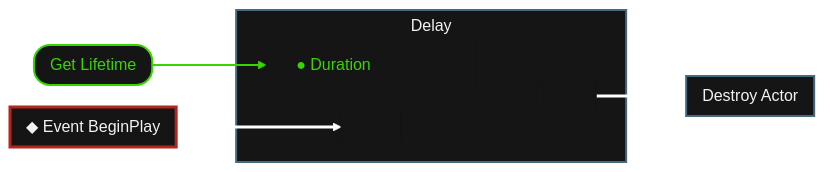
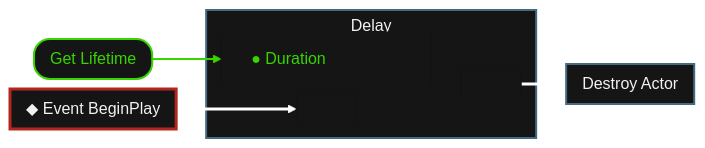
The diagram in Doc/commits/20261115_084649/graph/transient/Game/App/Weapons/BP_HitBox_Base.mmd (RicoP/Unreal-Class2026), drawn with Mermaid before and after one commit. The commit also changed 15 other files, not shown here.

First line of the commit message:
Re-render the diagrams of steps 9 and 10

```diff
--- a/Doc/commits/20261115_084649/graph/transient/Game/App/Weapons/BP_HitBox_Base.mmd
+++ b/Doc/commits/20261115_084649/graph/transient/Game/App/Weapons/BP_HitBox_Base.mmd
@@ -1,50 +1,50 @@
 ---
 config:
   look: classic
   themeCSS: "g.node *, g.cluster * { filter: none !important; }"
   flowchart:
     curve: monotoneX
-    nodeSpacing: 20
-    rankSpacing: 60
+    nodeSpacing: 8
+    rankSpacing: 30
     subGraphTitleMargin:
       top: 4
       bottom: 4
 ---
 flowchart LR
 
     subgraph N_EventGraph_K2Node_Event_0["◆ Event BeginPlay"]
     end
     subgraph N_EventGraph_K2Node_VariableGet_0["Get Lifetime"]
     end
     subgraph N_EventGraph_K2Node_CallFunction_0["Delay"]
         N_EventGraph_K2Node_CallFunction_0_anchor_in[" "]
         N_EventGraph_K2Node_CallFunction_0_anchor_out[" "]
         N_EventGraph_K2Node_CallFunction_0_Duration["<span style='display:inline-block;min-width:150px;text-align:left'>● Duration</span>"]
     end
     subgraph N_EventGraph_K2Node_CallFunction_1["Destroy Actor"]
     end
 
     %% Wires
     N_EventGraph_K2Node_Event_0 ==> N_EventGraph_K2Node_CallFunction_0_anchor_in
     N_EventGraph_K2Node_VariableGet_0 --> N_EventGraph_K2Node_CallFunction_0_Duration
     N_EventGraph_K2Node_CallFunction_0_anchor_out ==> N_EventGraph_K2Node_CallFunction_1
 
     %% Keep inputs left of outputs inside each node
     N_EventGraph_K2Node_CallFunction_0_Duration ~~~ N_EventGraph_K2Node_CallFunction_0_anchor_out
     N_EventGraph_K2Node_CallFunction_0_anchor_in ~~~ N_EventGraph_K2Node_CallFunction_0_anchor_out
 
     %% Nodes
     style N_EventGraph_K2Node_Event_0 fill:#151515,stroke:#b3261e,stroke-width:3px,color:#f2f2f2
     style N_EventGraph_K2Node_VariableGet_0 fill:#151515,stroke:#38d500,stroke-width:2px,color:#38d500,rx:16px,ry:16px
     style N_EventGraph_K2Node_CallFunction_0 fill:#151515,stroke:#456980,stroke-width:2px,color:#f2f2f2
     style N_EventGraph_K2Node_CallFunction_1 fill:#151515,stroke:#456980,stroke-width:2px,color:#f2f2f2
 
     %% Pins
     classDef pin_anchor fill:#151515,stroke:#151515,color:#151515
     classDef pin_float fill:#151515,stroke:#151515,color:#38d500
     class N_EventGraph_K2Node_CallFunction_0_anchor_in,N_EventGraph_K2Node_CallFunction_0_anchor_out pin_anchor
     class N_EventGraph_K2Node_CallFunction_0_Duration pin_float
 
     %% Wire colours (dimmed and dashed between two nodes that aren't part of the change)
     linkStyle 0,2 stroke:#ffffff,stroke-width:3px
     linkStyle 1 stroke:#38d500,stroke-width:2px
```
